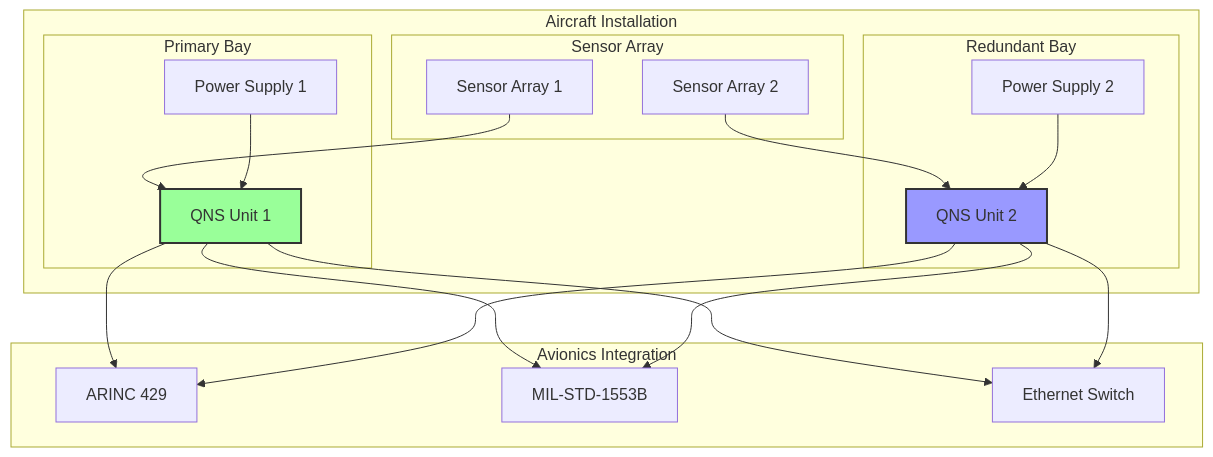
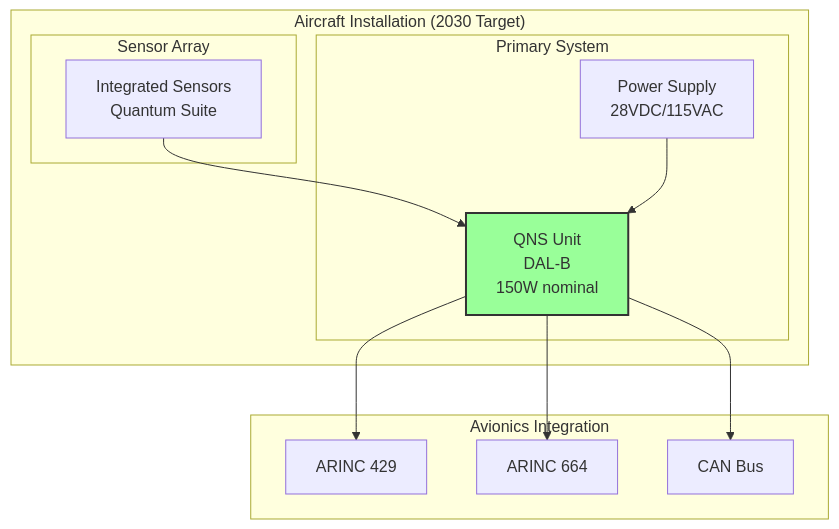
The eighth of 33 diagrams in PRODUCT_LINES/QUANTUM/QUANTUM_SOFTWARE/DESIGN/QNS_NAVIGATION/DES_SOFTWARE_DEV/QUA-QNS01-25SVD0001-DES-BOB-ORG-TD-ATA-000-00-01-TPL-DOC-001-QCOM-v1.1.0 .md (Robbbo-T/A-Q-U-A_V), drawn with Mermaid before and after one commit. The commit also changed other lines of this file, not shown here.

Commit message:
Update QUA-QNS01-25SVD0001-DES-BOB-ORG-TD-ATA-000-00-01-TPL-DOC-001-QCOM-v1.1.0 .md

````diff
--- a/PRODUCT_LINES/QUANTUM/QUANTUM_SOFTWARE/DESIGN/QNS_NAVIGATION/DES_SOFTWARE_DEV/QUA-QNS01-25SVD0001-DES-BOB-ORG-TD-ATA-000-00-01-TPL-DOC-001-QCOM-v1.1.0 .md
+++ b/PRODUCT_LINES/QUANTUM/QUANTUM_SOFTWARE/DESIGN/QNS_NAVIGATION/DES_SOFTWARE_DEV/QUA-QNS01-25SVD0001-DES-BOB-ORG-TD-ATA-000-00-01-TPL-DOC-001-QCOM-v1.1.0 .md
@@ -548,42 +340,28 @@
 ```mermaid
 graph TB
-    subgraph "Aircraft Installation"
-        subgraph "Primary Bay"
-            QNS1[QNS Unit 1]
-            PSU1[Power Supply 1]
-        end
-        
-        subgraph "Redundant Bay"
-            QNS2[QNS Unit 2]
-            PSU2[Power Supply 2]
+    subgraph "Aircraft Installation (2030 Target)"
+        subgraph "Primary System"
+            QNS1[QNS Unit<br/>DAL-B<br/>150W nominal]
+            PSU1[Power Supply<br/>28VDC/115VAC]
         end
         
         subgraph "Sensor Array"
-            SA1[Sensor Array 1]
-            SA2[Sensor Array 2]
+            SA[Integrated Sensors<br/>Quantum Suite]
         end
     end
     
     subgraph "Avionics Integration"
         ARINC[ARINC 429]
-        MIL[MIL-STD-1553B]
-        ETH[Ethernet Switch]
+        A664[ARINC 664]
+        CAN[CAN Bus]
     end
     
     QNS1 --> ARINC
-    QNS1 --> MIL
-    QNS1 --> ETH
+    QNS1 --> A664
+    QNS1 --> CAN
     
-    QNS2 --> ARINC
-    QNS2 --> MIL
-    QNS2 --> ETH
-    
-    SA1 --> QNS1
-    SA2 --> QNS2
-    
+    SA --> QNS1
     PSU1 --> QNS1
-    PSU2 --> QNS2
     
     style QNS1 fill:#9f9,stroke:#333,stroke-width:2px
-    style QNS2 fill:#99f,stroke:#333,stroke-width:2px
 ```
````
